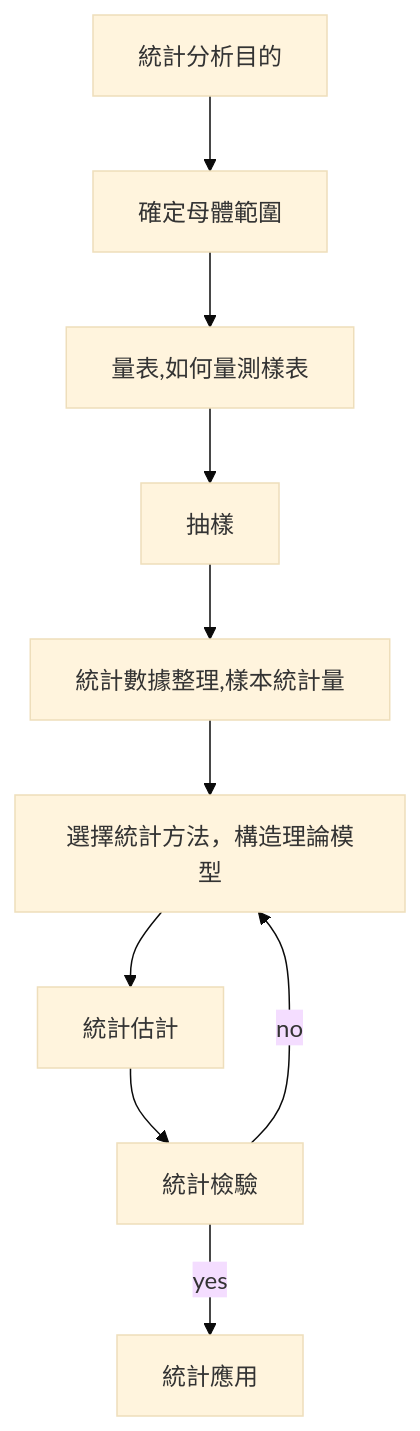
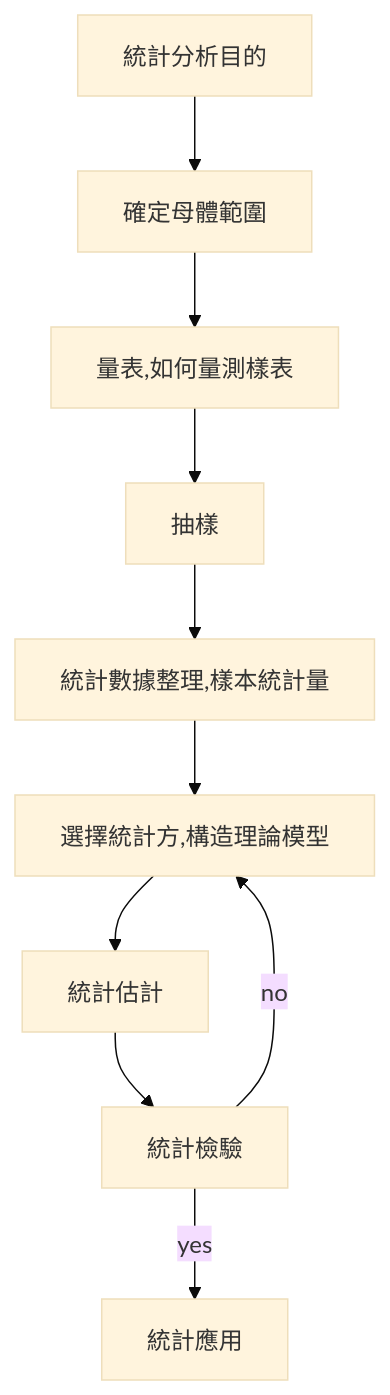
One commit to chchoiw/chchoiw.github.io changed the first of 2 diagrams in _posts/2022-05-21-statistic_analysis.md. Above: the diagram before and after it, drawn with Mermaid (base theme).

````diff
--- a/_posts/2022-05-21-statistic_analysis.md
+++ b/_posts/2022-05-21-statistic_analysis.md
@@ -44,21 +44,21 @@
 ```mermaid
 graph TB
 iid0[統計分析目的]
 iid1[確定母體範圍]
 iid2[量表,如何量測樣表]
 iid3[抽樣]
 iid4[統計數據整理,樣本統計量]
-iid5[選擇統計方法，構造理論模型]
+iid5[選擇統計方,構造理論模型]
 iid6[統計估計]
 iid7[統計檢驗]
 iid8[統計應用]
 iid0-->iid1
 iid1-->iid2
 iid2-->iid3
 iid3-->iid4
 iid4-->iid5
 iid5-->iid6
 iid6-->iid7
 iid7-->|yes|iid8
 iid7-->|no|iid5
 ```
````
